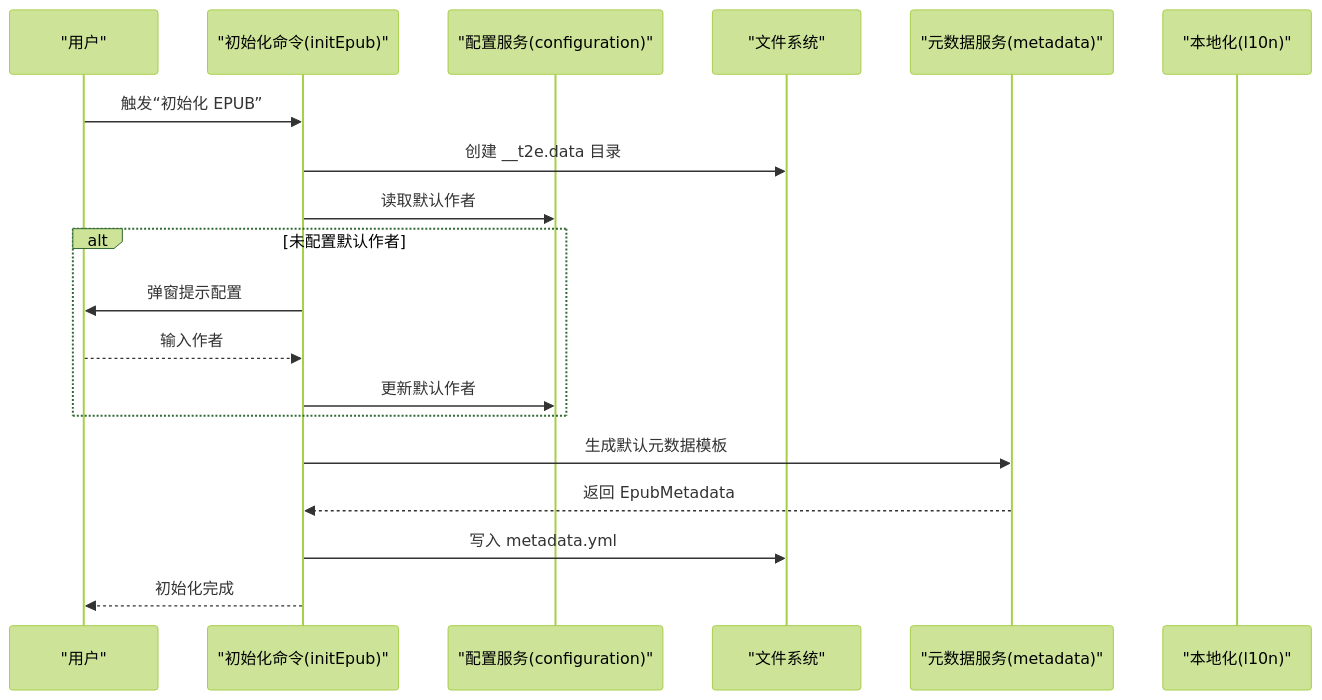
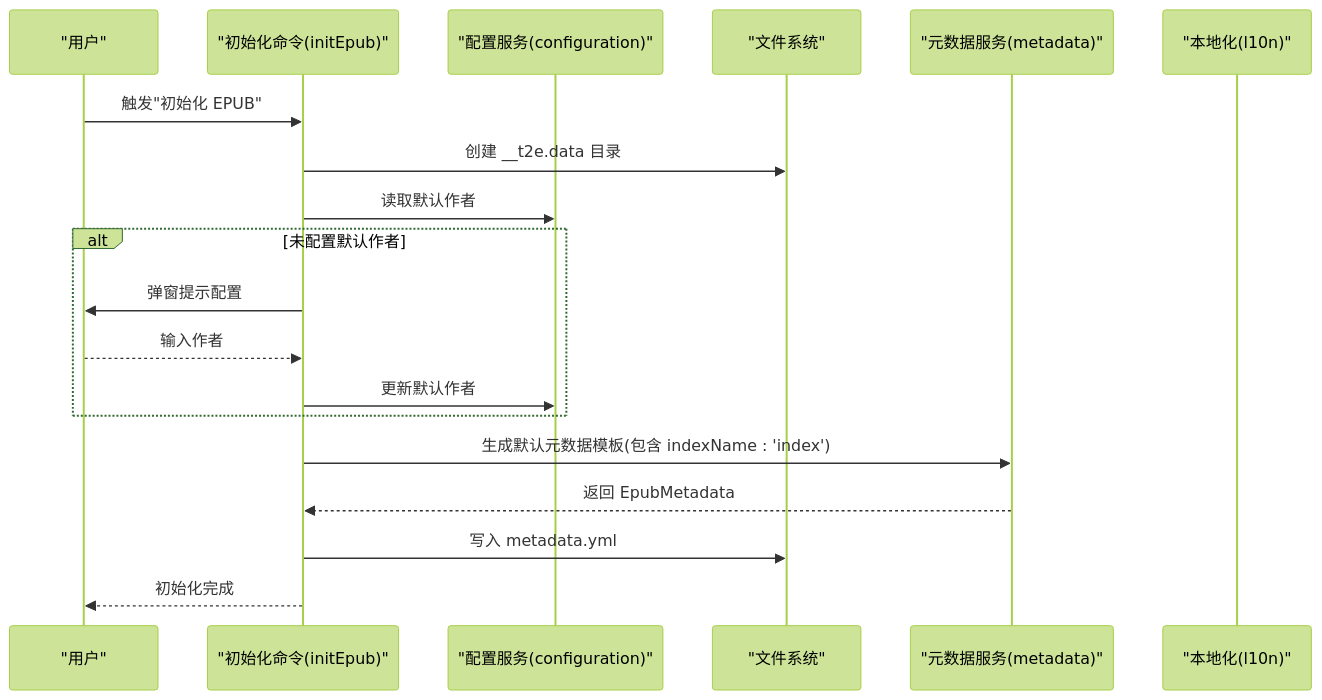
Before and after one commit to someok/vscode-folder2epub: the second of 10 diagrams in .qoder/repowiki/zh/content/技术架构详解/EPUB 构建系统/元数据管理系统.md, drawn with Mermaid (forest theme). The commit also changed other lines of this file and 4 other files, not shown here.

````diff
--- a/.qoder/repowiki/zh/content/技术架构详解/EPUB 构建系统/元数据管理系统.md
+++ b/.qoder/repowiki/zh/content/技术架构详解/EPUB 构建系统/元数据管理系统.md
@@ -120,21 +151,21 @@
 ```mermaid
 sequenceDiagram
 participant U as "用户"
 participant CMD as "初始化命令(initEpub)"
 participant CFG as "配置服务(configuration)"
 participant FS as "文件系统"
 participant META as "元数据服务(metadata)"
 participant LOC as "本地化(l10n)"
-U->>CMD : 触发“初始化 EPUB”
+U->>CMD : 触发"初始化 EPUB"
 CMD->>FS : 创建 __t2e.data 目录
 CMD->>CFG : 读取默认作者
 alt 未配置默认作者
 CMD->>U : 弹窗提示配置
 U-->>CMD : 输入作者
 CMD->>CFG : 更新默认作者
 end
-CMD->>META : 生成默认元数据模板
+CMD->>META : 生成默认元数据模板(包含 indexName : 'index')
 META-->>CMD : 返回 EpubMetadata
 CMD->>FS : 写入 metadata.yml
 CMD-->>U : 初始化完成
 ```
````
